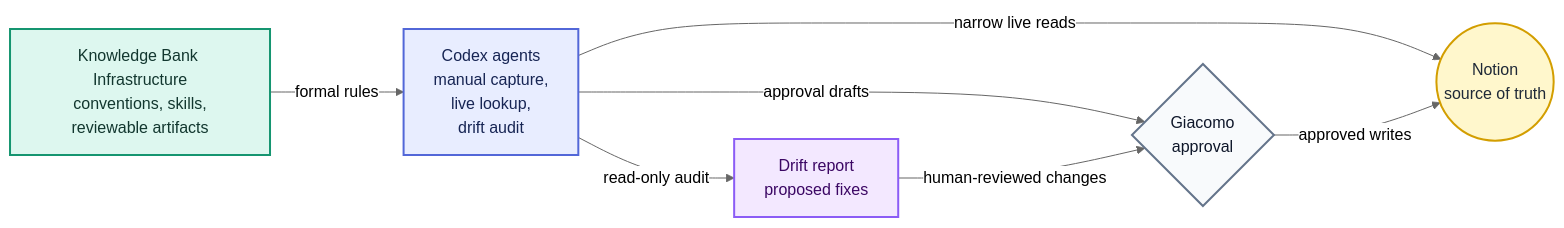
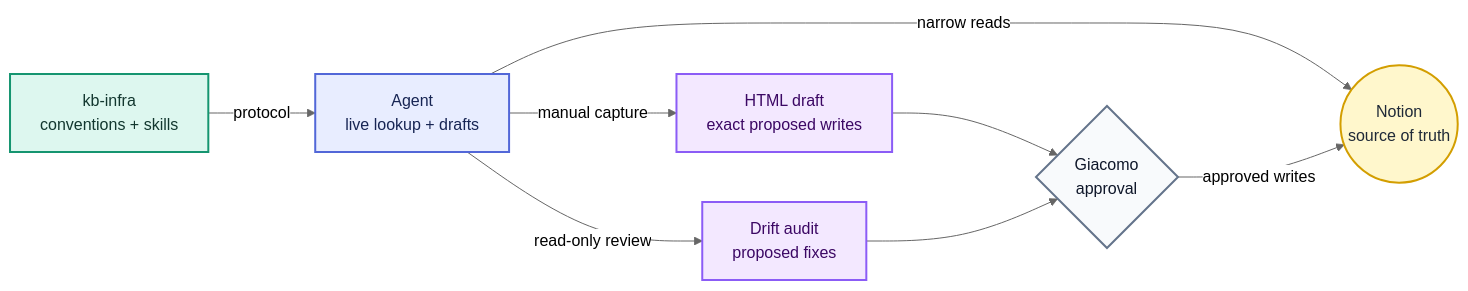
Before and after one commit to giacomoguidotto/kb-infra: the diagram in README.md, drawn with Mermaid (neutral theme). The commit also changed other lines of this file and 1 other file, not shown here.

Commit message:
docs: sharpen kb-infra readme

````diff
--- a/README.md
+++ b/README.md
@@ -29,27 +35,29 @@
 ```mermaid
 flowchart LR
+    repo["kb-infra<br/>conventions + skills"]
     notion(("Notion<br/>source of truth"))
-    kbInfra["Knowledge Bank Infrastructure<br/>conventions, skills,<br/>reviewable artifacts"]
-    codex["Codex agents<br/>manual capture,<br/>live lookup,<br/>drift audit"]
+    agent["Agent<br/>live lookup + drafts"]
+    draft["HTML draft<br/>exact proposed writes"]
+    audit["Drift audit<br/>proposed fixes"]
     approval{"Giacomo<br/>approval"}
-    report["Drift report<br/>proposed fixes"]
 
-    kbInfra -- "formal rules" --> codex
-    codex -- "narrow live reads" --> notion
-    codex -- "approval drafts" --> approval
+    repo -- "protocol" --> agent
+    agent -- "narrow reads" --> notion
+    agent -- "manual capture" --> draft
+    agent -- "read-only review" --> audit
+    draft --> approval
+    audit --> approval
     approval -- "approved writes" --> notion
-    codex -- "read-only audit" --> report
-    report -- "human-reviewed changes" --> approval
 
     classDef source fill:#fff7cc,stroke:#d39e00,stroke-width:2px,color:#1f2937;
-    classDef gateway fill:#ddf7ef,stroke:#159570,stroke-width:2px,color:#12372f;
+    classDef protocol fill:#ddf7ef,stroke:#159570,stroke-width:2px,color:#12372f;
     classDef runtime fill:#e8edff,stroke:#5267d8,stroke-width:2px,color:#172554;
     classDef artifact fill:#f3e8ff,stroke:#8b5cf6,stroke-width:2px,color:#3b0764;
     classDef decision fill:#f8fafc,stroke:#64748b,stroke-width:2px,color:#0f172a;
 
     class notion source;
-    class kbInfra gateway;
-    class codex runtime;
-    class report artifact;
+    class repo protocol;
+    class agent runtime;
+    class draft,audit artifact;
     class approval decision;
 ```
````
